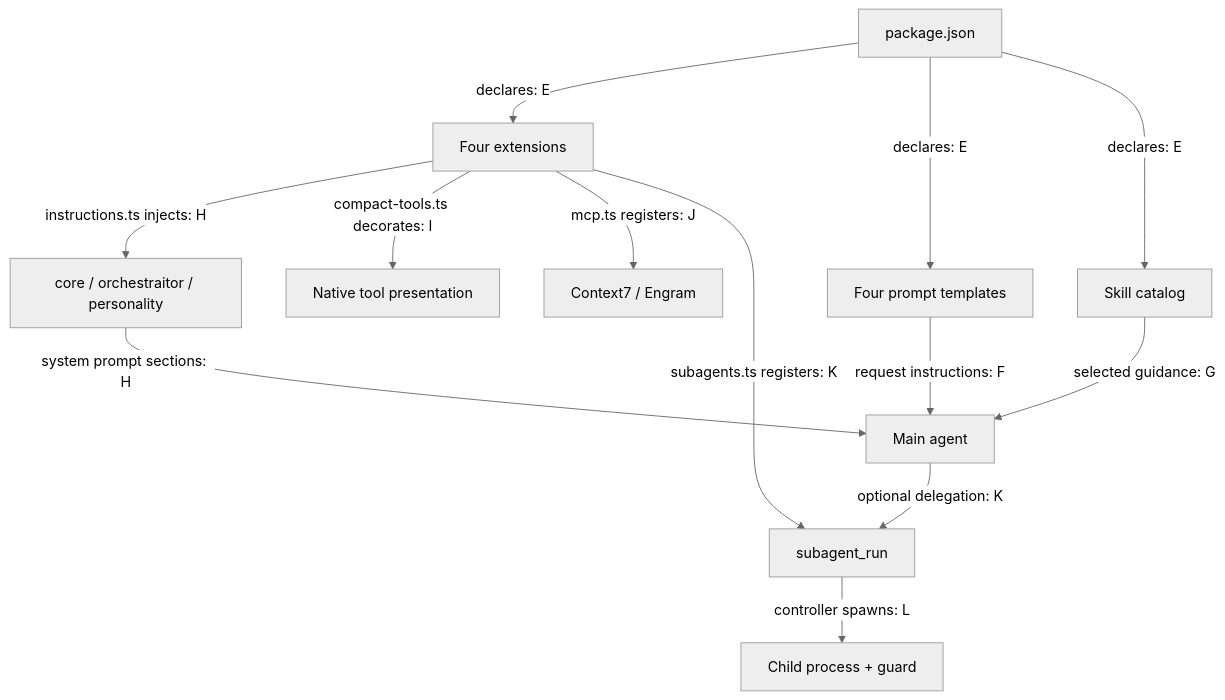
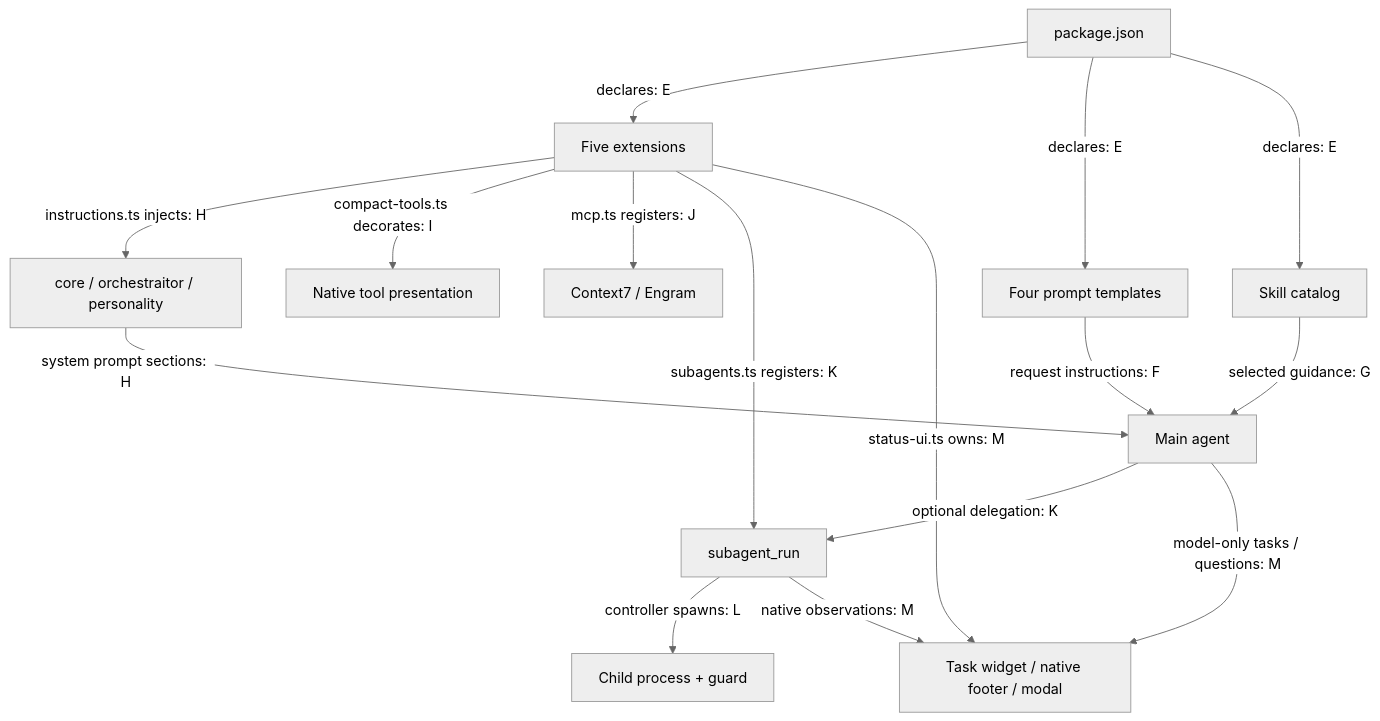
The second of 2 diagrams in docs/architecture/index.md (andresnator/pi-orchestraitor), drawn with Mermaid (neutral theme) before and after one commit. The commit also changed other lines of this file and 31 other files, not shown here.

````diff
--- a/docs/architecture/index.md
+++ b/docs/architecture/index.md
@@ -36,15 +37,18 @@
 ```mermaid
 flowchart TB
-  M[package.json] -->|declares: E| X[Four extensions]
+  M[package.json] -->|declares: E| X[Five extensions]
   M -->|declares: E| P[Four prompt templates]
   M -->|declares: E| S[Skill catalog]
   P -->|request instructions: F| A[Main agent]
   S -->|selected guidance: G| A
   X -->|instructions.ts injects: H| I[core / orchestraitor / personality]
   I -->|system prompt sections: H| A
   X -->|compact-tools.ts decorates: I| T[Native tool presentation]
   X -->|mcp.ts registers: J| MCP[Context7 / Engram]
   X -->|subagents.ts registers: K| SR[subagent_run]
   A -->|optional delegation: K| SR
   SR -->|controller spawns: L| CH[Child process + guard]
+  X -->|status-ui.ts owns: M| UI[Task widget / native footer / modal]
+  SR -->|native observations: M| UI
+  A -->|model-only tasks / questions: M| UI
 ```
````
